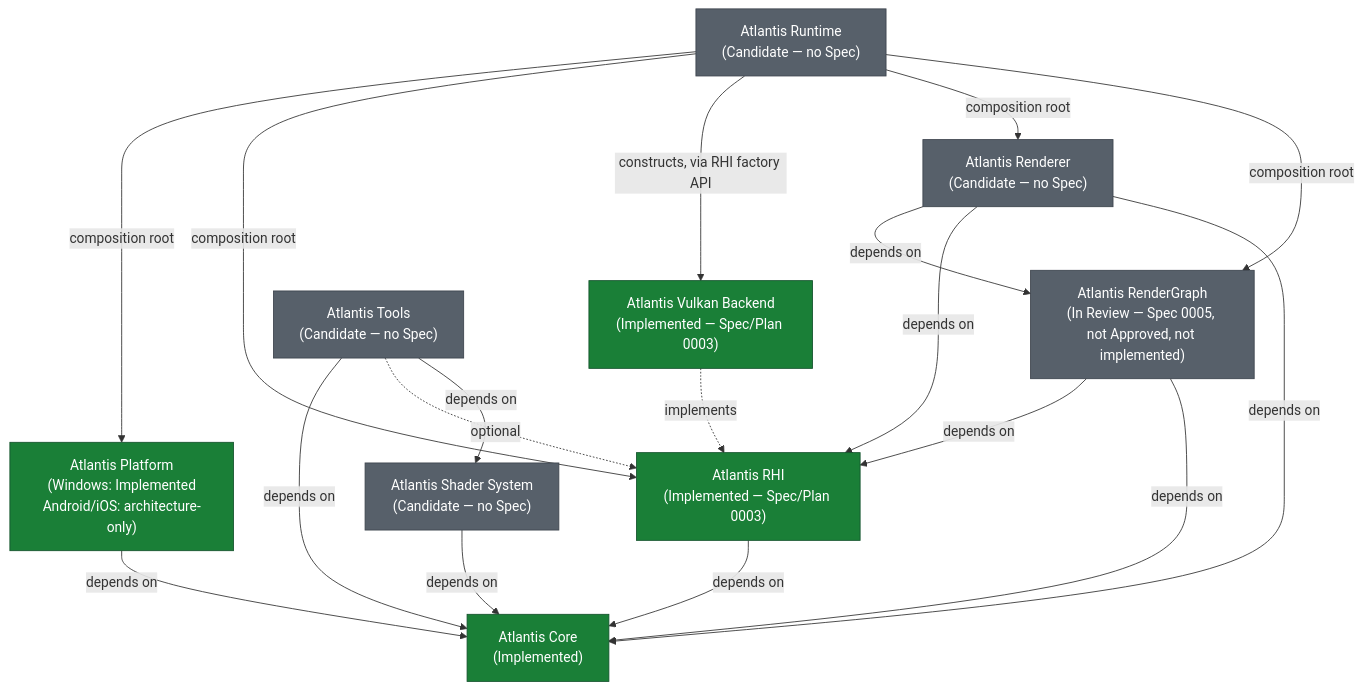
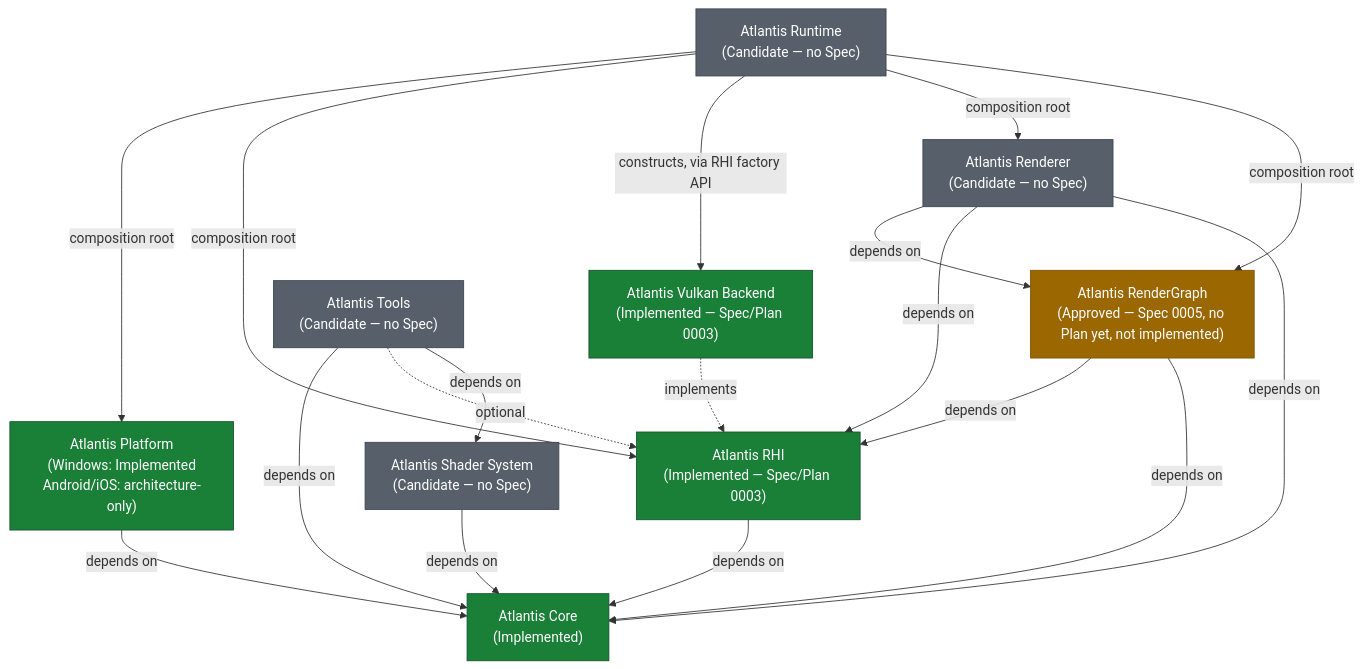
The diagram in docs/project-blueprint.md (slmao/Atlantis), drawn with Mermaid before and after one commit. The commit also changed other lines of this file and 4 other files, not shown here.

Commit message:
spec: approve RenderGraph foundation

````diff
--- a/docs/project-blueprint.md
+++ b/docs/project-blueprint.md
@@ -89,47 +89,47 @@
 ```mermaid
 graph TD
     Core["Atlantis Core<br/>(Implemented)"]
 
     Platform["Atlantis Platform<br/>(Windows: Implemented<br/>Android/iOS: architecture-only)"]
     RHI["Atlantis RHI<br/>(Implemented — Spec/Plan 0003)"]
     VulkanBackend["Atlantis Vulkan Backend<br/>(Implemented — Spec/Plan 0003)"]
-    RenderGraph["Atlantis RenderGraph<br/>(In Review — Spec 0005, not Approved, not implemented)"]
+    RenderGraph["Atlantis RenderGraph<br/>(Approved — Spec 0005, no Plan yet, not implemented)"]
     Renderer["Atlantis Renderer<br/>(Candidate — no Spec)"]
     ShaderSystem["Atlantis Shader System<br/>(Candidate — no Spec)"]
     Runtime["Atlantis Runtime<br/>(Candidate — no Spec)"]
     Tools["Atlantis Tools<br/>(Candidate — no Spec)"]
 
     Platform -->|depends on| Core
     RHI -->|depends on| Core
     RenderGraph -->|depends on| RHI
     RenderGraph -->|depends on| Core
     Renderer -->|depends on| RenderGraph
     Renderer -->|depends on| RHI
     Renderer -->|depends on| Core
     ShaderSystem -->|depends on| Core
     Tools -->|depends on| Core
     Tools -.->|optional| RHI
     Tools -->|depends on| ShaderSystem
 
     VulkanBackend -.->|implements| RHI
 
     Runtime -->|composition root| Platform
     Runtime -->|composition root| RHI
     Runtime -->|constructs, via RHI factory API| VulkanBackend
     Runtime -->|composition root| Renderer
     Runtime -->|composition root| RenderGraph
 
     classDef implemented fill:#1a7f37,color:#fff,stroke:#14532d
     classDef approved fill:#9a6700,color:#fff,stroke:#7c5300
     classDef candidate fill:#57606a,color:#fff,stroke:#3d444d
 
     class Core implemented
     class Platform implemented
     class RHI implemented
     class VulkanBackend implemented
-    class RenderGraph candidate
+    class RenderGraph approved
     class Renderer candidate
     class ShaderSystem candidate
     class Runtime candidate
     class Tools candidate
 ```
````
